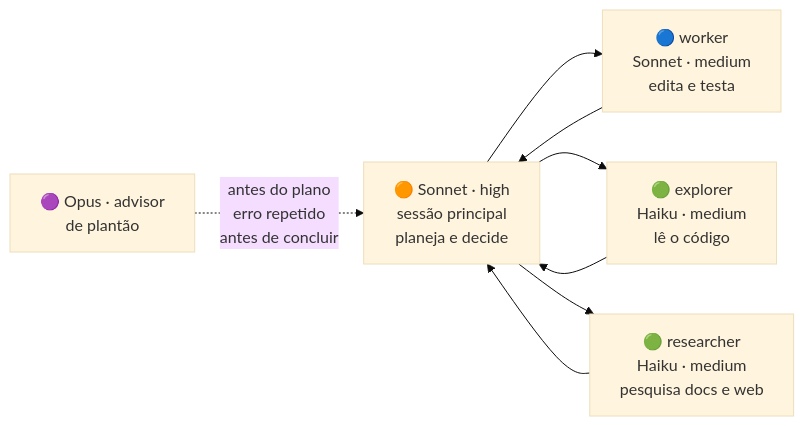
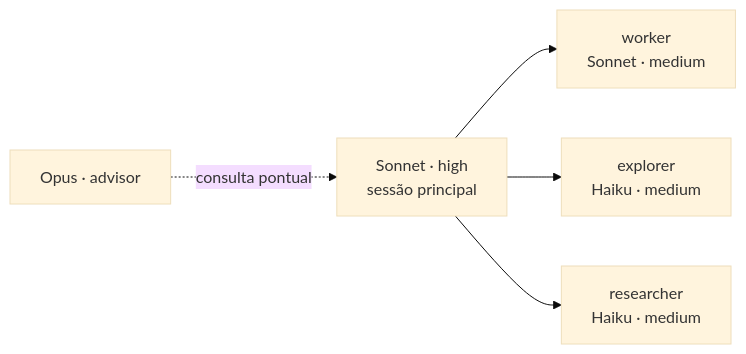
Before and after one commit to LuizMafraJNR/claude-workflow: the second of 2 diagrams in README.md, drawn with Mermaid (base theme). The commit also changed other lines of this file, not shown here.

````diff
--- a/README.md
+++ b/README.md
@@ -75,10 +63,7 @@
 ```mermaid
 flowchart LR
-    O["🟣 Opus · advisor<br/>de plantão"] -.->|"antes do plano<br/>erro repetido<br/>antes de concluir"| M
-    M["🟠 Sonnet · high<br/>sessão principal<br/>planeja e decide"] --> W["🔵 worker<br/>Sonnet · medium<br/>edita e testa"]
-    M --> E["🟢 explorer<br/>Haiku · medium<br/>lê o código"]
-    M --> RS["🟢 researcher<br/>Haiku · medium<br/>pesquisa docs e web"]
-    W --> M
-    E --> M
-    RS --> M
+    O[Opus · advisor] -.->|consulta pontual| M
+    M[Sonnet · high<br/>sessão principal] --> W[worker<br/>Sonnet · medium]
+    M --> E[explorer<br/>Haiku · medium]
+    M --> RS[researcher<br/>Haiku · medium]
 ```
````
